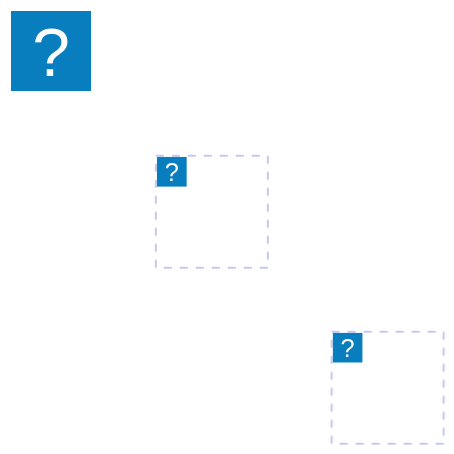
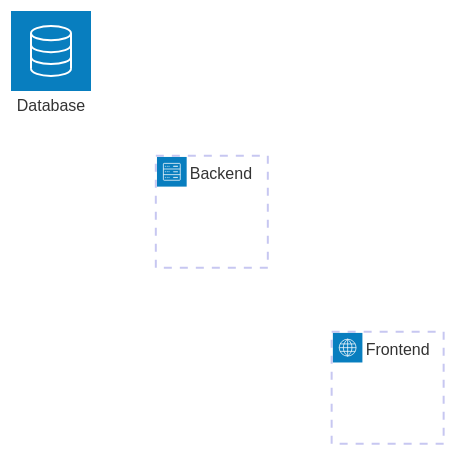
One commit to fletort/smart-ai-factory changed the second of 2 diagrams in templates/.smart.ai/templates/unified-spec.md. Above: the diagram before and after it, drawn with Mermaid. The commit also changed 1 other file, not shown here.

Commit message:
pr review

````diff
--- a/templates/.smart.ai/templates/unified-spec.md
+++ b/templates/.smart.ai/templates/unified-spec.md
@@ -32,6 +32,6 @@
   ```mermaid
   architecture-beta
-      group client(Frontend)
-      group server(Backend)
-      service db(Database)
+      group client(internet)[Frontend]
+      group server(server)[Backend]
+      service db(database)[Database]
   ```
````
